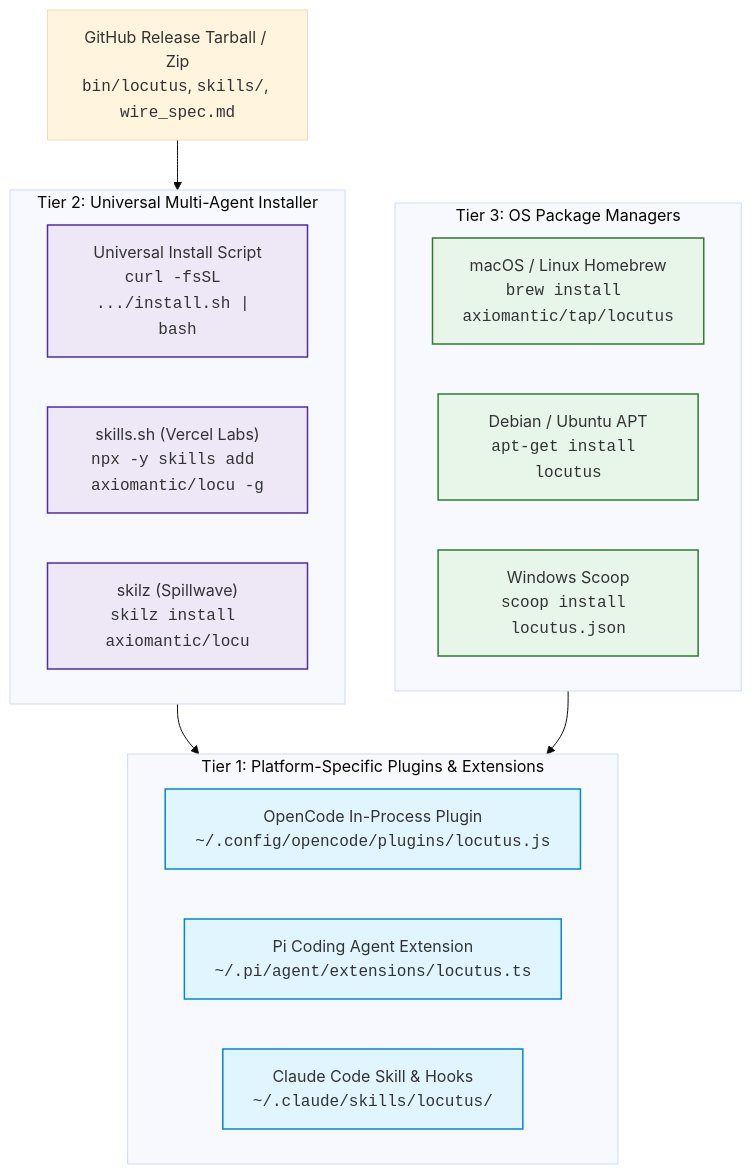
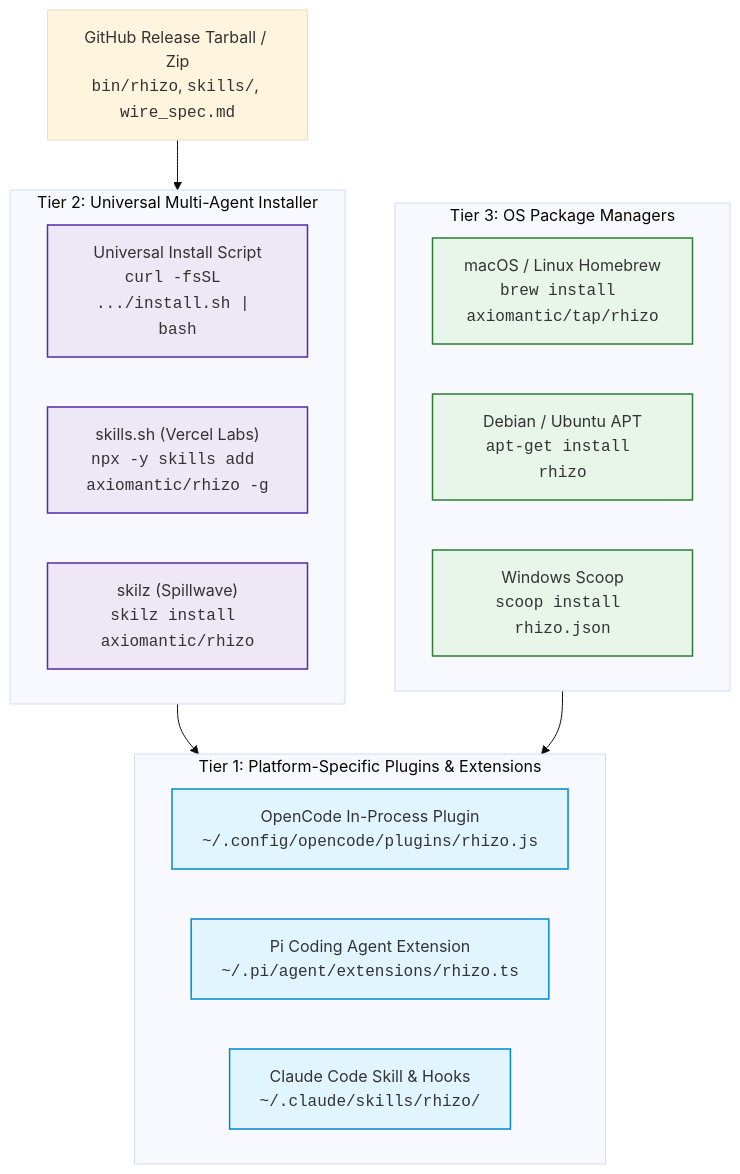
Before and after one commit to axiomantic/locu: the diagram in CONTRIBUTING.md, drawn with Mermaid (base theme). The commit also changed other lines of this file and 44 other files, not shown here.

Commit message:
feat: global rhizo-routes.yaml inheritance and complete purge of legacy locutus fallbacks

````diff
--- a/CONTRIBUTING.md
+++ b/CONTRIBUTING.md
@@ -267,33 +268,33 @@
 ```mermaid
 flowchart TD
     subgraph Tier1["Tier 1: Platform-Specific Plugins & Extensions"]
-        T1_OpenCode["OpenCode In-Process Plugin<br/><code>~/.config/opencode/plugins/locutus.js</code>"]
-        T1_Pi["Pi Coding Agent Extension<br/><code>~/.pi/agent/extensions/locutus.ts</code>"]
-        T1_Claude["Claude Code Skill & Hooks<br/><code>~/.claude/skills/locutus/</code>"]
+        T1_OpenCode["OpenCode In-Process Plugin<br/><code>~/.config/opencode/plugins/rhizo.js</code>"]
+        T1_Pi["Pi Coding Agent Extension<br/><code>~/.pi/agent/extensions/rhizo.ts</code>"]
+        T1_Claude["Claude Code Skill & Hooks<br/><code>~/.claude/skills/rhizo/</code>"]
     end
 
     subgraph Tier2["Tier 2: Universal Multi-Agent Installer"]
         T2_Script["Universal Install Script<br/><code>curl -fsSL .../install.sh | bash</code>"]
-        T2_Skills["skills.sh (Vercel Labs)<br/><code>npx -y skills add axiomantic/locu -g</code>"]
-        T2_Skilz["skilz (Spillwave)<br/><code>skilz install axiomantic/locu</code>"]
+        T2_Skills["skills.sh (Vercel Labs)<br/><code>npx -y skills add axiomantic/rhizo -g</code>"]
+        T2_Skilz["skilz (Spillwave)<br/><code>skilz install axiomantic/rhizo</code>"]
     end
 
     subgraph Tier3["Tier 3: OS Package Managers"]
-        T3_Brew["macOS / Linux Homebrew<br/><code>brew install axiomantic/tap/locutus</code>"]
-        T3_APT["Debian / Ubuntu APT<br/><code>apt-get install locutus</code>"]
-        T3_Scoop["Windows Scoop<br/><code>scoop install locutus.json</code>"]
+        T3_Brew["macOS / Linux Homebrew<br/><code>brew install axiomantic/tap/rhizo</code>"]
+        T3_APT["Debian / Ubuntu APT<br/><code>apt-get install rhizo</code>"]
+        T3_Scoop["Windows Scoop<br/><code>scoop install rhizo.json</code>"]
     end
 
-    ReleaseZip["GitHub Release Tarball / Zip<br/><code>bin/locutus</code>, <code>skills/</code>, <code>wire_spec.md</code>"]
+    ReleaseZip["GitHub Release Tarball / Zip<br/><code>bin/rhizo</code>, <code>skills/</code>, <code>wire_spec.md</code>"]
 
     ReleaseZip --> Tier2
     Tier2 --> Tier1
     Tier3 --> Tier1
 
     classDef t1 fill:#e1f5fe,stroke:#0288d1,stroke-width:1.5px;
     classDef t2 fill:#ede7f6,stroke:#512da8,stroke-width:1.5px;
     classDef t3 fill:#e8f5e9,stroke:#2e7d32,stroke-width:1.5px;
     class T1_OpenCode,T1_Pi,T1_Claude t1;
     class T2_Script,T2_Skills,T2_Skilz t2;
     class T3_Brew,T3_APT,T3_Scoop t3;
 ```
````
